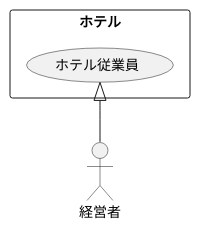
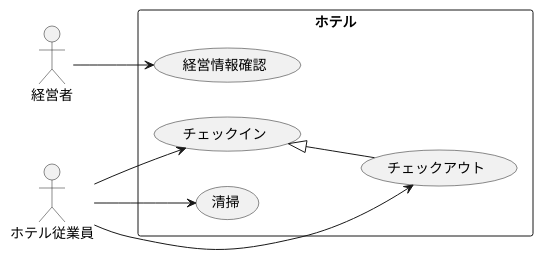
The diagram in 演習2-2_ホテル従業員.pu (hinokanata/uml-introduction), drawn with PlantUML before and after one commit.

Commit message:
訂正

```diff
--- a/演習2-2_ホテル従業員.pu
+++ b/演習2-2_ホテル従業員.pu
@@ -1,7 +1,16 @@
-@startuml 演習2-2
-' left to right direction
-rectangle ホテル {
-usecase ホテル従業員
+@startuml 例題2-2
+left to right direction
+actor ホテル従業員
+actor 経営者
+rectangle ホテル{
+  usecase チェックイン
+  usecase チェックアウト
+  usecase 清掃
+  usecase 経営情報確認
 }
-ホテル従業員 <|-- 経営者
+ホテル従業員 --> チェックイン
+ホテル従業員 --> チェックアウト
+ホテル従業員 --> 清掃
+経営者 --> 経営情報確認
+チェックイン <|-- チェックアウト
 @enduml
```
